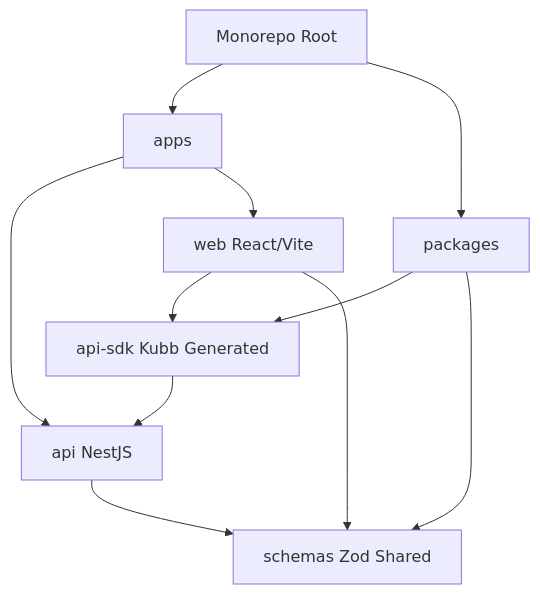
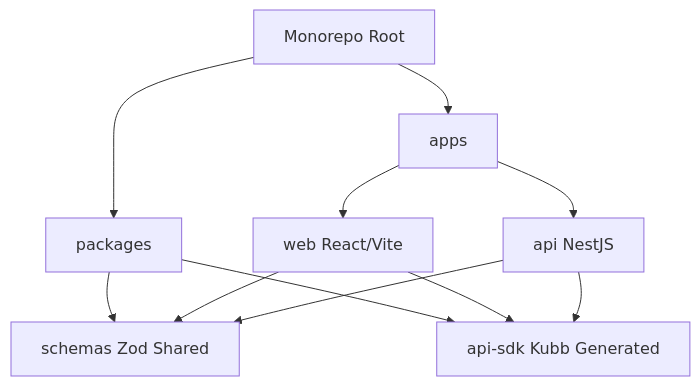
Before and after one commit to hevlyo/am-dashboard: the diagram in ARCHITECTURE.md, drawn with Mermaid. The commit also changed other lines of this file and 2 other files, not shown here.

````diff
--- a/ARCHITECTURE.md
+++ b/ARCHITECTURE.md
@@ -12,13 +12,13 @@
 ```mermaid
 graph TD
     A[Monorepo Root] --> B[apps]
     A --> C[packages]
     B --> D[api NestJS]
     B --> E[web React/Vite]
     C --> F[api-sdk Kubb Generated]
     C --> G[schemas Zod Shared]
     E --> F
     E --> G
     D --> G
-    F --> D
+    D --> F
 ```
````
